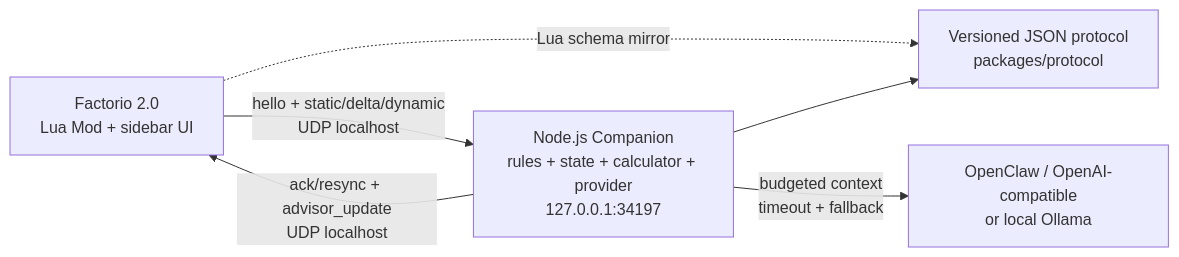
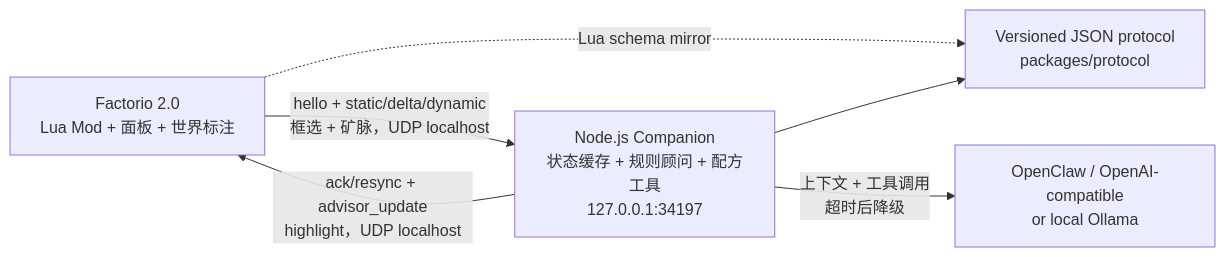
The diagram in README.md (CharlesYWL/factorio-ai-assistant), drawn with Mermaid before and after one commit. The commit also changed other lines of this file and 5 other files, not shown here.

````diff
--- a/README.md
+++ b/README.md
@@ -33,13 +39,13 @@
 ```mermaid
 flowchart LR
-    M["Factorio 2.0<br/>Lua Mod + sidebar UI"]
-    C["Node.js Companion<br/>rules + state + calculator + provider<br/>127.0.0.1:34197"]
+    M["Factorio 2.0<br/>Lua Mod + 面板 + 世界标注"]
+    C["Node.js Companion<br/>状态缓存 + 规则顾问 + 配方工具<br/>127.0.0.1:34197"]
     P["Versioned JSON protocol<br/>packages/protocol"]
     A["OpenClaw / OpenAI-compatible<br/>or local Ollama"]
 
-    M -- "hello + static/delta/dynamic<br/>UDP localhost" --> C
-    C -- "ack/resync + advisor_update<br/>UDP localhost" --> M
+    M -- "hello + static/delta/dynamic<br/>框选 + 矿脉，UDP localhost" --> C
+    C -- "ack/resync + advisor_update<br/>highlight，UDP localhost" --> M
     M -. "Lua schema mirror" .-> P
     C --> P
-    C -- "budgeted context<br/>timeout + fallback" --> A
+    C -- "上下文 + 工具调用<br/>超时后降级" --> A
 ```
````
